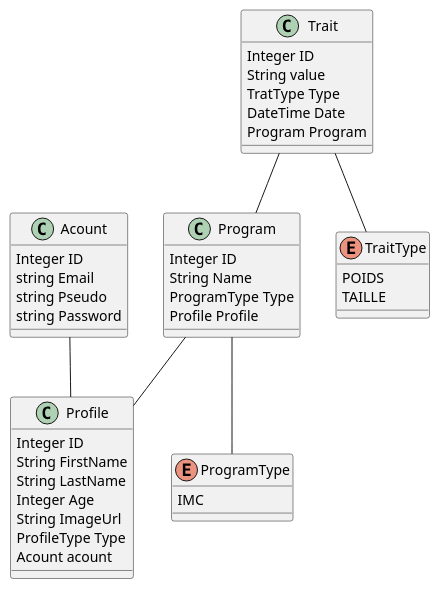
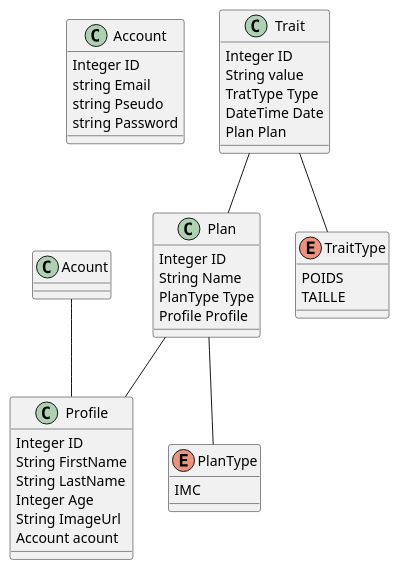
Before and after one commit to darkshark29/heal-fit: the diagram in UML/plant-UML/classes.puml, drawn with PlantUML. The commit also changed 1 other file, not shown here.

Commit message:
Update UML file

```diff
--- a/UML/plant-UML/classes.puml
+++ b/UML/plant-UML/classes.puml
@@ -1,58 +1,57 @@
 @startuml
 
-class Acount
+class Account
 {
 	Integer ID
 	string Email
 	string Pseudo
 	string Password
 }
 
 class Profile
 {
 	Integer ID
 	String FirstName
 	String LastName
 	Integer Age
 	String ImageUrl
-	ProfileType Type
-	Acount acount
+	Account acount
 }
 
 Acount -- Profile
 
-enum ProgramType
+enum PlanType
 {
 	IMC
 }
 
-class Program
+class Plan
 {
 	Integer ID
 	String Name
-	ProgramType Type
+	PlanType Type
 	Profile Profile
 }
 
-Program -- ProgramType
-Program -- Profile
+Plan -- PlanType
+Plan -- Profile
 
 enum TraitType
 {
 	POIDS
 	TAILLE
 }
 
 class Trait
 { 
 	Integer ID
 	String value
 	TratType Type
 	DateTime Date
-	Program Program
+	Plan Plan
 }
 
 Trait -- TraitType
-Trait -- Program
+Trait -- Plan
 
 @enduml
```
